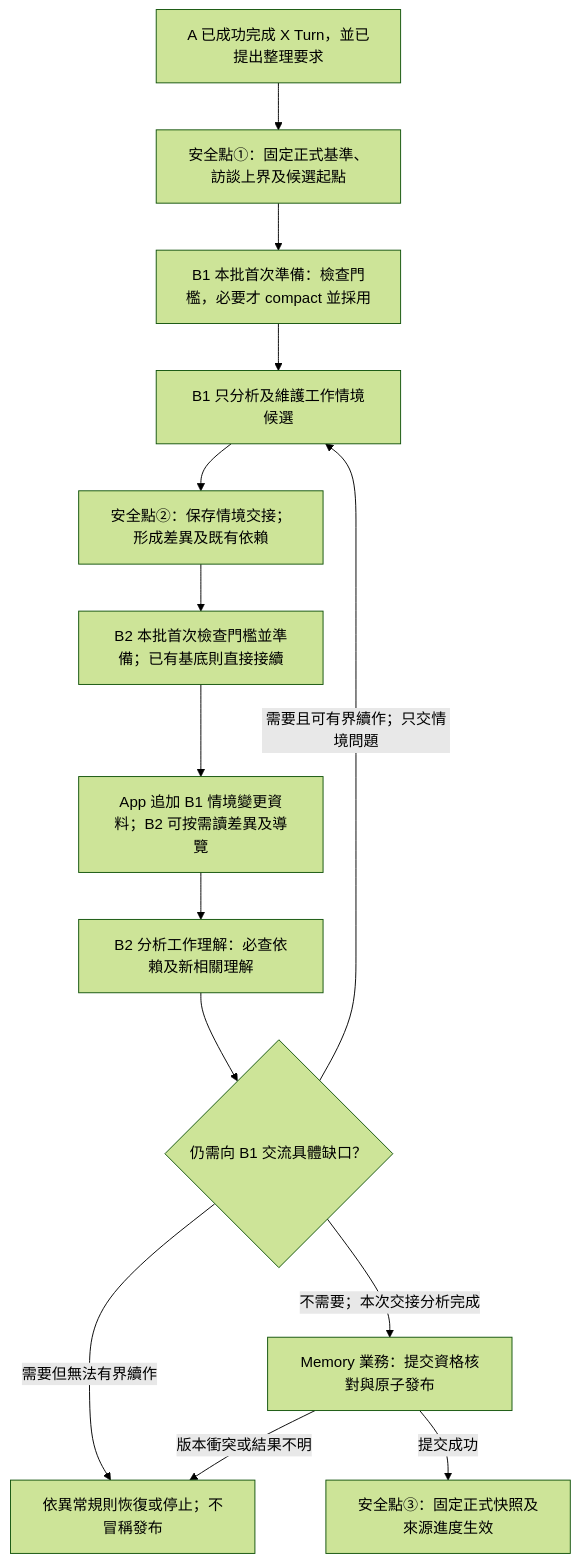
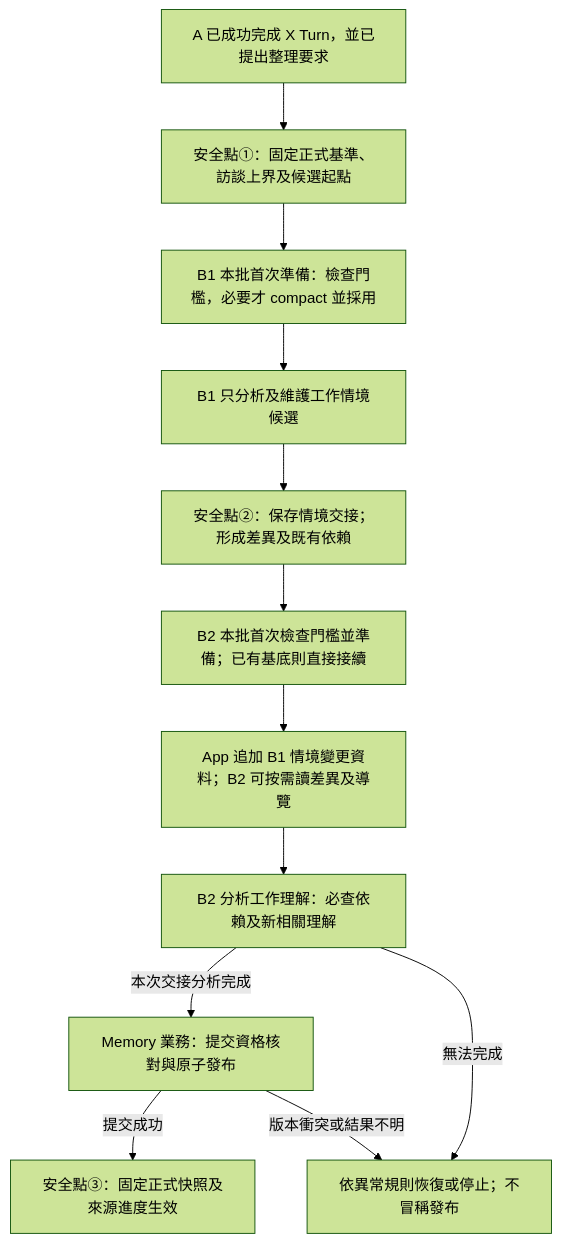
Before and after one commit to JD-Consultant/Caliburn: the diagram in docs/specs/2026-09-25-b1-b2-information-gap-lifecycle.md, drawn with Mermaid (forest theme). The commit also changed other lines of this file and 1322 other files, not shown here.

First line of the commit message:
docs: curate architecture, reports and experiment evidence

````diff
--- a/docs/specs/2026-09-25-b1-b2-information-gap-lifecycle.md
+++ b/docs/specs/2026-09-25-b1-b2-information-gap-lifecycle.md
@@ -214,16 +210,14 @@
 ```mermaid
 flowchart TD
     completed[A 已成功完成 X Turn，並已提出整理要求] --> start[安全點①：固定正式基準、訪談上界及候選起點]
     start --> prep1[B1 本批首次準備：檢查門檻，必要才 compact 並採用]
     prep1 --> b1[B1 只分析及維護工作情境候選]
     b1 --> deps[安全點②：保存情境交接；形成差異及既有依賴]
     deps --> prep2[B2 本批首次檢查門檻並準備；已有基底則直接接續]
     prep2 --> handoff[App 追加 B1 情境變更資料；B2 可按需讀差異及導覽]
     handoff --> b2[B2 分析工作理解：必查依賴及新相關理解]
-    b2 --> gap{仍需向 B1 交流具體缺口？}
-    gap -->|需要且可有界續作；只交情境問題| b1
-    gap -->|需要但無法有界續作| recovery[依異常規則恢復或停止；不冒稱發布]
-    gap -->|不需要；本次交接分析完成| publish[Memory 業務：提交資格核對與原子發布]
+    b2 -->|本次交接分析完成| publish[Memory 業務：提交資格核對與原子發布]
+    b2 -->|無法完成| recovery[依異常規則恢復或停止；不冒稱發布]
     publish -->|提交成功| done[安全點③：固定正式快照及來源進度生效]
     publish -->|版本衝突或結果不明| recovery
 ```
````
